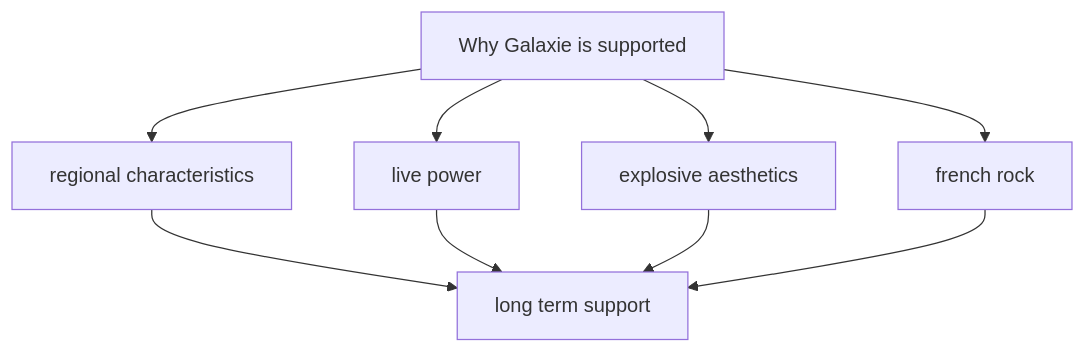
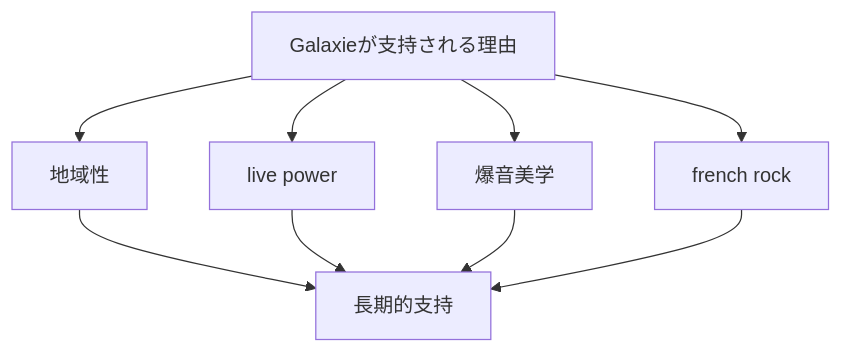
The eighth of 8 diagrams in en/_posts/2026-05-07-column-galaxie.md (monumental-movement/monumental-movement.github.io), drawn with Mermaid before and after one commit. The commit also changed other lines of this file and 2196 other files, not shown here.

```diff
--- a/en/_posts/2026-05-07-column-galaxie.md
+++ b/en/_posts/2026-05-07-column-galaxie.md
@@ -492,11 +492,11 @@
 <div class="mermaid">
 graph TD
-A[Why Galaxie is supported] --> B[regional characteristics]
+A[Galaxieが支持される理由] --> B[地域性]
 A --> C[live power]
-A --> D[explosive aesthetics]
+A --> D[爆音美学]
 A --> E[french rock]
-B --> F[long term support]
+B --> F[長期的支持]
 C --> F
 D --> F
 E --> F
 </div>
```
